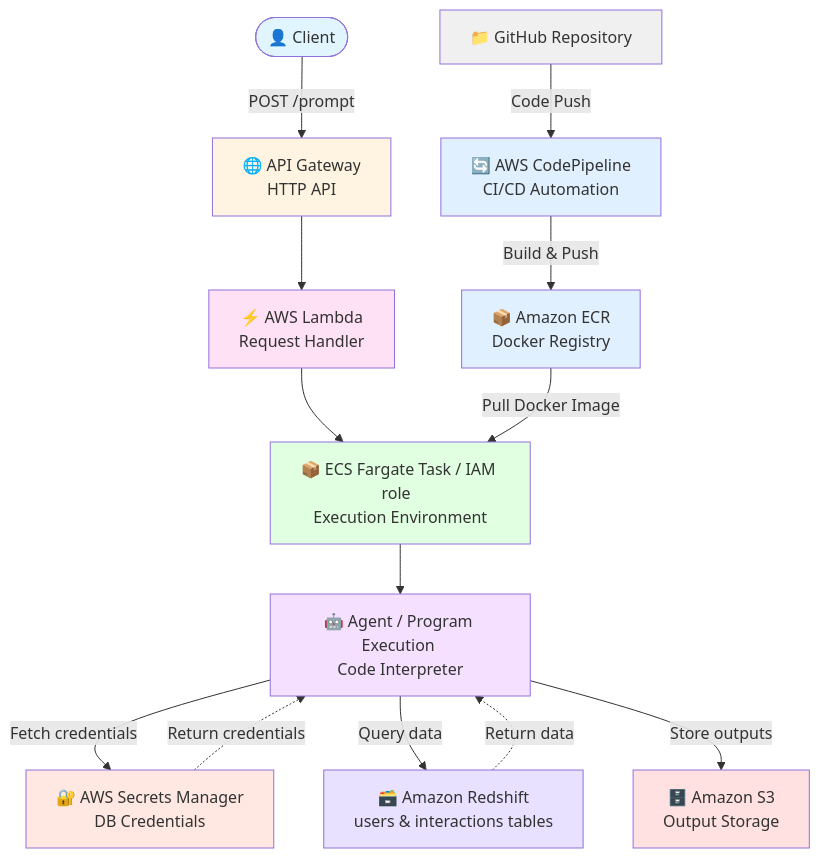
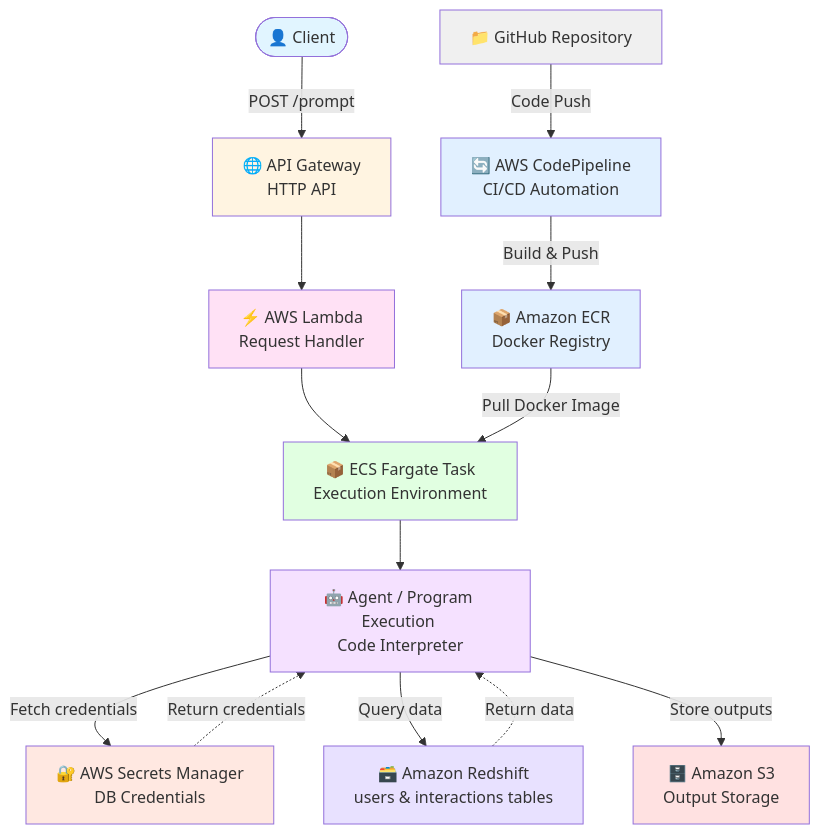
Before and after one commit to knkasa/LLM_python_executor: the diagram in README.md, drawn with Mermaid.

````diff
--- a/README.md
+++ b/README.md
@@ -39,30 +39,30 @@
 ```mermaid
 flowchart TD
     GitHub[📁 GitHub Repository] -->|Code Push| CodePipeline[🔄 AWS CodePipeline<br/>CI/CD Automation]
     CodePipeline -->|Build & Push| ECR[📦 Amazon ECR<br/>Docker Registry]
     
     Client([👤 Client]) -->|POST /prompt| APIGW[🌐 API Gateway<br/>HTTP API]
     APIGW --> Lambda[⚡ AWS Lambda<br/>Request Handler]
-    Lambda --> ECS[📦 ECS Fargate Task / IAM role  <br/>Execution Environment]
+    Lambda --> ECS[📦 ECS Fargate Task <br/>Execution Environment]
     ECR -->|Pull Docker Image| ECS
     ECS --> LLM[🤖 Agent / Program Execution <br/>Code Interpreter]
     
     LLM -->|Fetch credentials| SM[🔐 AWS Secrets Manager<br/>DB Credentials]
     SM -.->|Return credentials| LLM
     LLM -->|Query data| Redshift[🗃️ Amazon Redshift<br/>users & interactions tables]
     Redshift -.->|Return data| LLM
     
     LLM -->|Store outputs| S3[🗄️ Amazon S3<br/>Output Storage]
     
     style GitHub fill:#f0f0f0
     style CodePipeline fill:#e1f0ff
     style ECR fill:#e1f0ff
     style Client fill:#e1f5ff
     style APIGW fill:#fff4e1
     style Lambda fill:#ffe1f5
     style ECS fill:#e1ffe1
     style LLM fill:#f5e1ff
     style SM fill:#ffe8e1
     style Redshift fill:#e8e1ff
     style S3 fill:#ffe1e1
 ```
````
